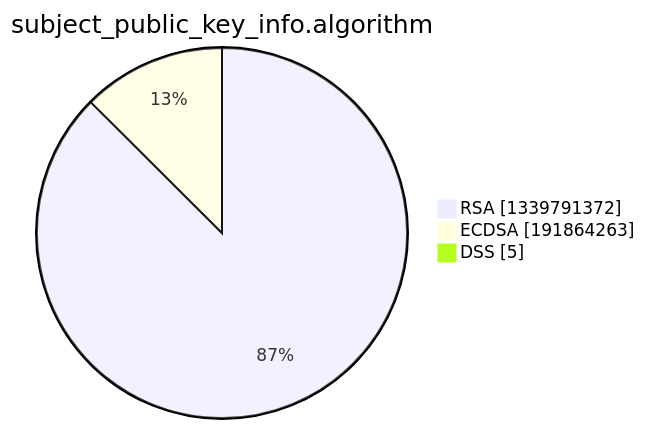
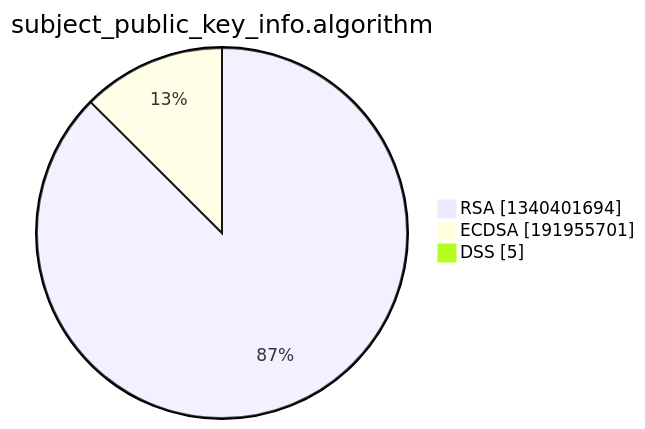
Before and after one commit to christiankrug/ctmonitor_visualization: the third of 15 diagrams in xenon2022/README.md, drawn with Mermaid. The commit also changed other lines of this file, not shown here.

````diff
--- a/xenon2022/README.md
+++ b/xenon2022/README.md
@@ -14,7 +14,7 @@
 ```mermaid
 pie showData
 title subject_public_key_info.algorithm
-"RSA" :1339791372
-"ECDSA" :191864263
+"RSA" :1340401694
+"ECDSA" :191955701
 "DSS" :5
 ```
````
